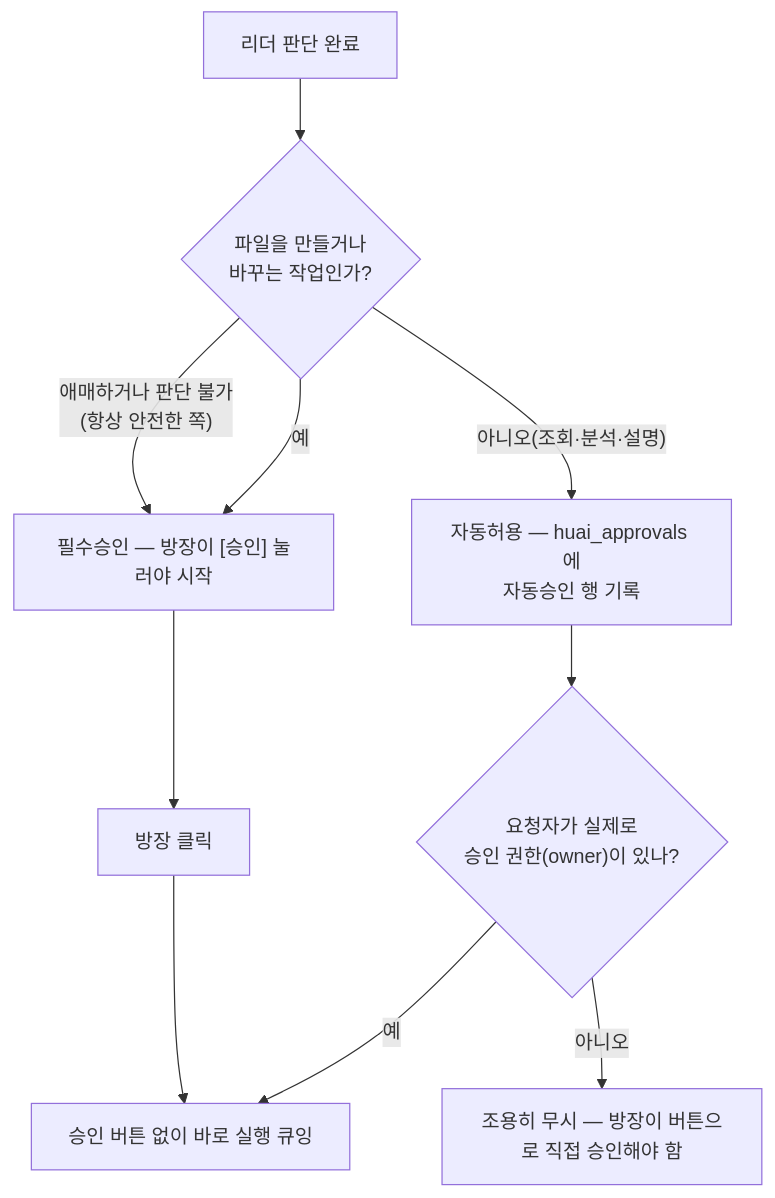
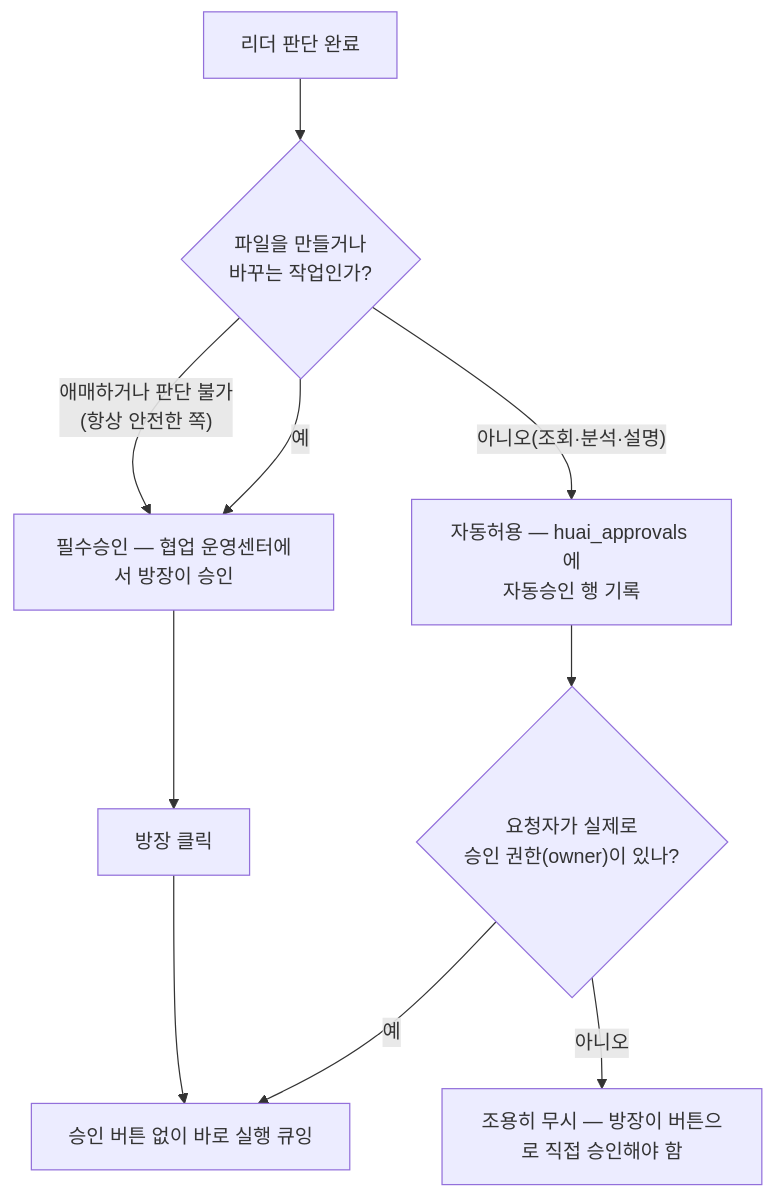
Before and after one commit to SUNWOONGKYU/HuAIChatroomSystem: the second of 4 diagrams in docs/작업_흐름도.md, drawn with Mermaid. The commit also changed other lines of this file and 18 other files, not shown here.

````diff
--- a/docs/작업_흐름도.md
+++ b/docs/작업_흐름도.md
@@ -53,11 +54,11 @@
 ```mermaid
 flowchart TD
   PLAN["리더 판단 완료"] --> Q{"파일을 만들거나<br/>바꾸는 작업인가?"}
-  Q -->|"애매하거나 판단 불가<br/>(항상 안전한 쪽)"| MUST["필수승인 — 방장이 [승인] 눌러야 시작"]
+  Q -->|"애매하거나 판단 불가<br/>(항상 안전한 쪽)"| MUST["필수승인 — 협업 운영센터에서 방장이 승인"]
   Q -->|"예"| MUST
   Q -->|"아니오(조회·분석·설명)"| AUTO["자동허용 — huai_approvals 에<br/>자동승인 행 기록"]
   AUTO --> REPLAY{"요청자가 실제로<br/>승인 권한(owner)이 있나?"}
   REPLAY -->|예| START["승인 버튼 없이 바로 실행 큐잉"]
   REPLAY -->|아니오| IGNORE["조용히 무시 — 방장이 버튼으로 직접 승인해야 함"]
   MUST --> CLICK["방장 클릭"] --> START
 ```
````
